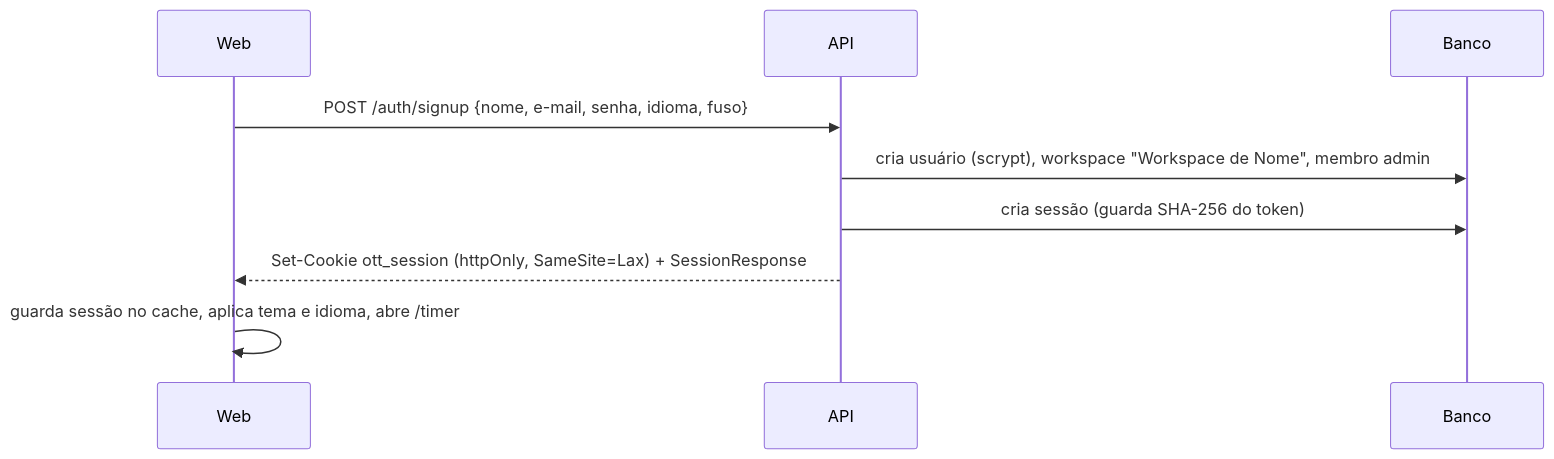
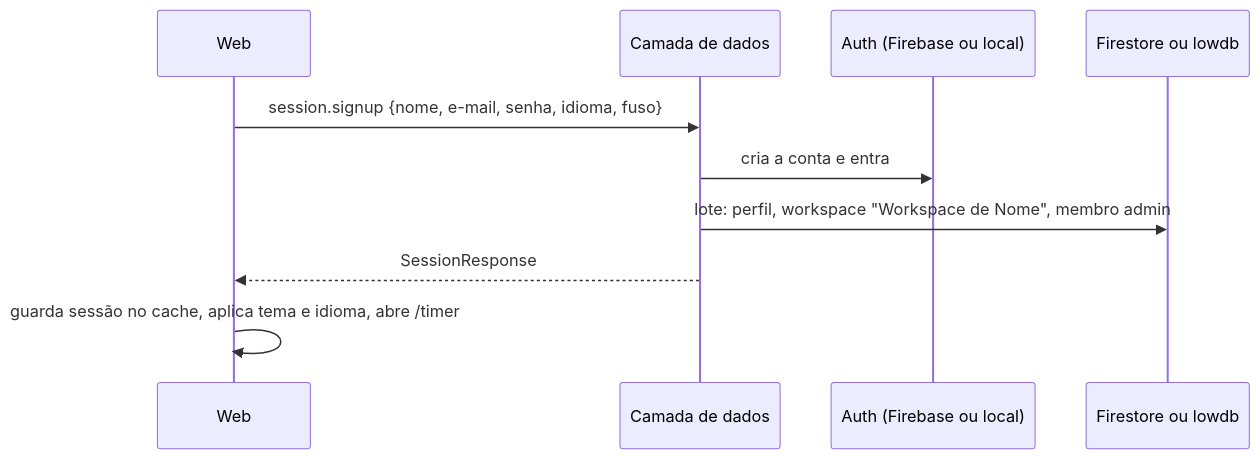
Before and after one commit to RuanPS01/open-task-tracker: the second of 6 diagrams in docs/07-fluxos-aplicacao.md, drawn with Mermaid. The commit also changed other lines of this file and 12 other files, not shown here.

First line of the commit message:
Atualiza a documentação para Firebase, lowdb e GitHub Pages

````diff
--- a/docs/07-fluxos-aplicacao.md
+++ b/docs/07-fluxos-aplicacao.md
@@ -8,11 +22,12 @@
 ```mermaid
 sequenceDiagram
   participant W as Web
-  participant A as API
-  participant D as Banco
-  W->>A: POST /auth/signup {nome, e-mail, senha, idioma, fuso}
-  A->>D: cria usuário (scrypt), workspace "Workspace de Nome", membro admin
-  A->>D: cria sessão (guarda SHA-256 do token)
-  A-->>W: Set-Cookie ott_session (httpOnly, SameSite=Lax) + SessionResponse
+  participant D as Camada de dados
+  participant AU as Auth (Firebase ou local)
+  participant ST as Firestore ou lowdb
+  W->>D: session.signup {nome, e-mail, senha, idioma, fuso}
+  D->>AU: cria a conta e entra
+  D->>ST: lote: perfil, workspace "Workspace de Nome", membro admin
+  D-->>W: SessionResponse
   W->>W: guarda sessão no cache, aplica tema e idioma, abre /timer
 ```
````
